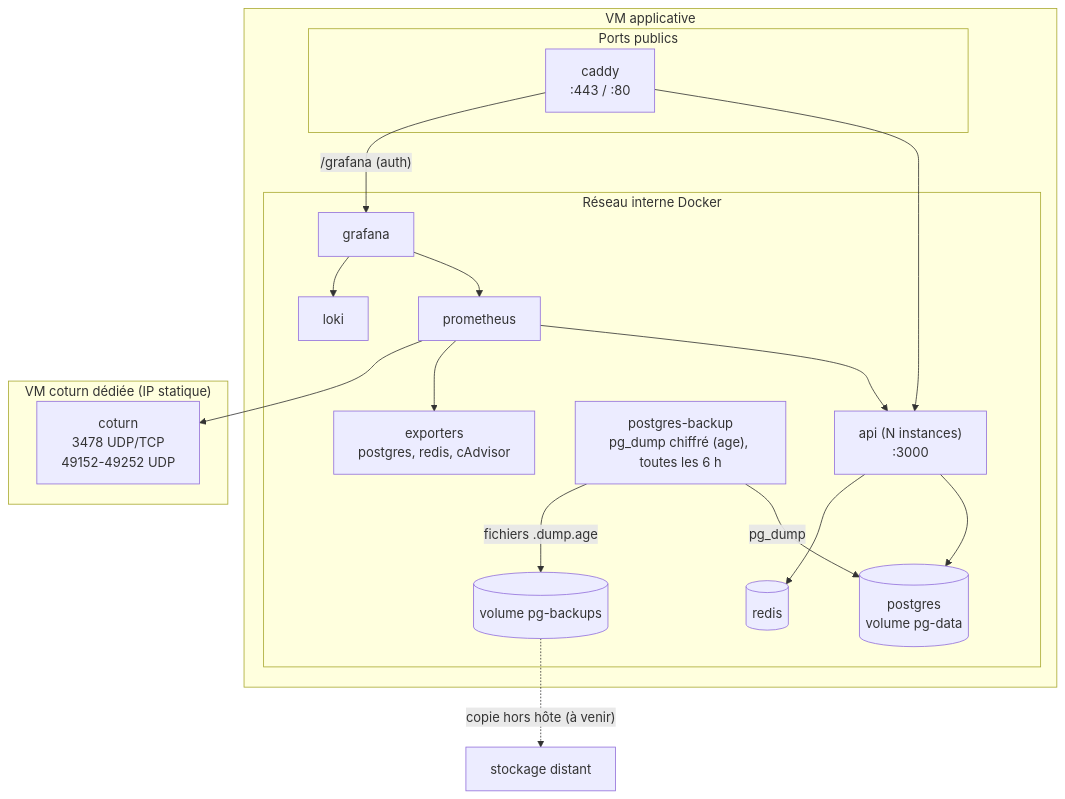
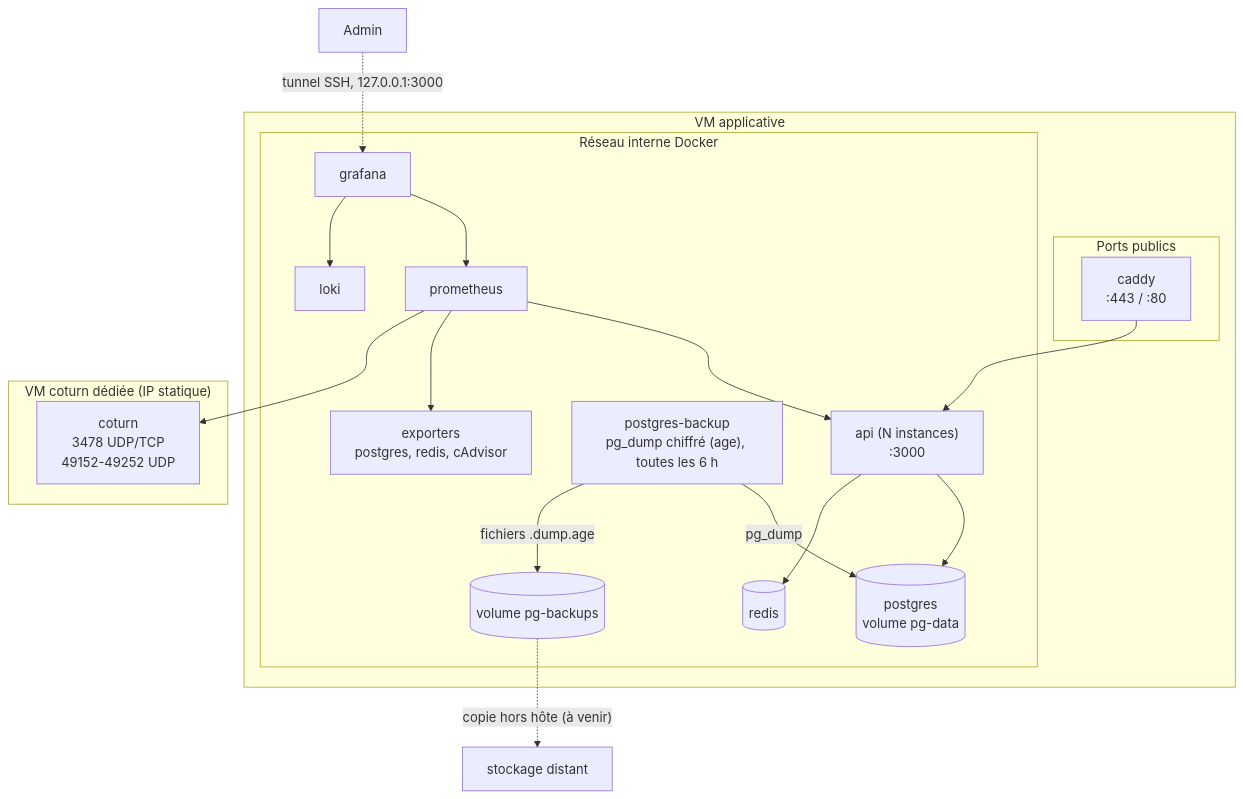
Before and after one commit to tomriquier2004-dev/chatisen: the sixth of 8 diagrams in docs/architecture.md, drawn with Mermaid. The commit also changed other lines of this file, not shown here.

Commit message:
fix(docs): reconcile architecture with latest main and dedicated TURN VM

````diff
--- a/docs/architecture.md
+++ b/docs/architecture.md
@@ -415,34 +413,34 @@
 ```mermaid
 flowchart TB
     subgraph AppHost["VM applicative"]
         subgraph Public["Ports publics"]
             CADDY["caddy<br/>:443 / :80"]
         end
         subgraph Internal["Réseau interne Docker"]
             API["api (N instances)<br/>:3000"]
             PG[("postgres<br/>volume pg-data")]
             BKP["postgres-backup<br/>pg_dump chiffré (age), toutes les 6 h"]
             VBK[("volume pg-backups")]
             RD[("redis")]
             PROM["prometheus"]
             LOKI["loki"]
             GRAF["grafana"]
             EXP["exporters<br/>postgres, redis, cAdvisor"]
         end
     end
     subgraph TurnHost["VM coturn dédiée (IP statique)"]
         COTURN["coturn<br/>3478 UDP/TCP<br/>49152-49252 UDP"]
     end
     CADDY --> API
-    CADDY -- "/grafana (auth)" --> GRAF
+    ADM["Admin"] -. "tunnel SSH, 127.0.0.1:3000" .-> GRAF
     API --> PG
     API --> RD
     BKP -- "pg_dump" --> PG
     BKP -- "fichiers .dump.age" --> VBK
     VBK -. "copie hors hôte (à venir)" .-> OFF["stockage distant"]
     PROM --> API
     PROM --> EXP
     PROM --> COTURN
     GRAF --> PROM
     GRAF --> LOKI
 ```
````
